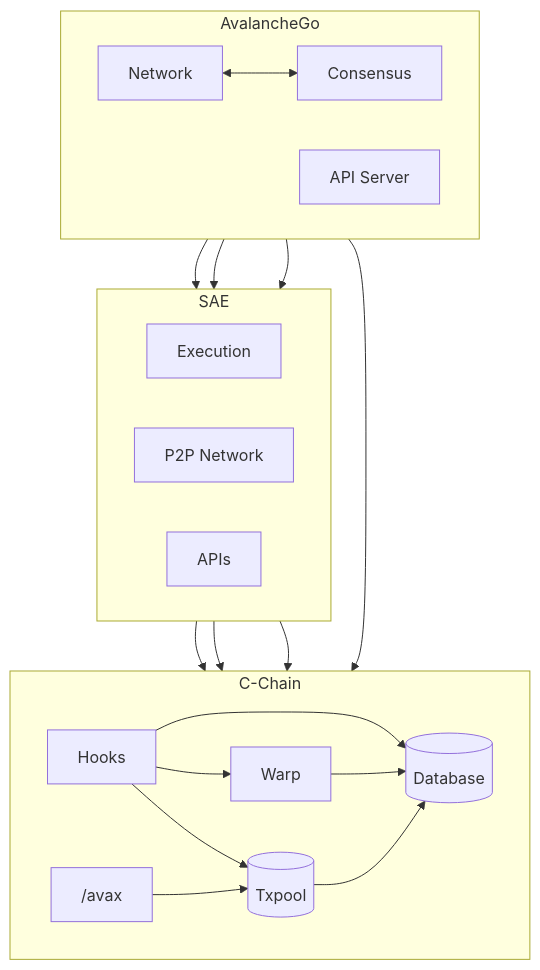
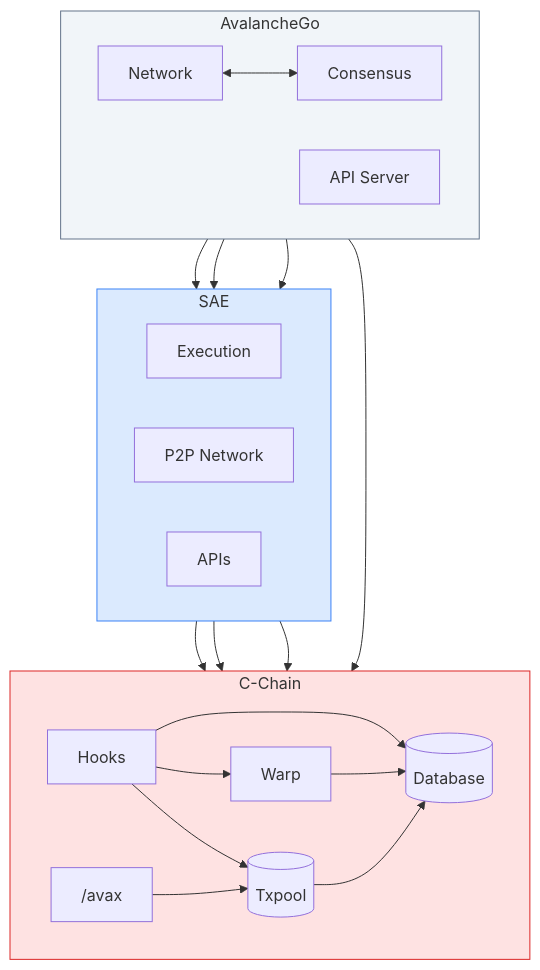
Before and after one commit to ava-labs/avalanchego: the first of 4 diagrams in vms/saevm/cchain/README.md, drawn with Mermaid.

````diff
--- a/vms/saevm/cchain/README.md
+++ b/vms/saevm/cchain/README.md
@@ -9,43 +9,47 @@
 ```mermaid
 flowchart TB
     subgraph avago["AvalancheGo"]
         direction LR
         consensus["Consensus"]
         network["Network"]
         apiserver["API Server"]
     end
 
     subgraph sae["SAE"]
         direction LR
         execution["Execution"]
         p2pn["P2P Network"]
         apis_sae["APIs"]
     end
 
     subgraph cchain["C-Chain"]
         direction LR
         hook["Hooks"]
         warp["Warp"]
         db[("Database")]
         txpool[("Txpool")]
         avax["/avax"]
     end
 
     network <--> consensus
     network --> p2pn
     consensus --> execution
     apiserver --> apis_sae
     apiserver --> avax
     execution --> hook
 
     hook --> warp
     p2pn --> warp
 
     hook --> txpool
     p2pn --> txpool
     avax --> txpool
 
     hook --> db
     warp --> db
     txpool --> db
+
+    style avago fill:#F1F5F9,stroke:#64748B
+    style sae fill:#DBEAFE,stroke:#3B82F6
+    style cchain fill:#FEE2E2,stroke:#DC2626
 ```
````
